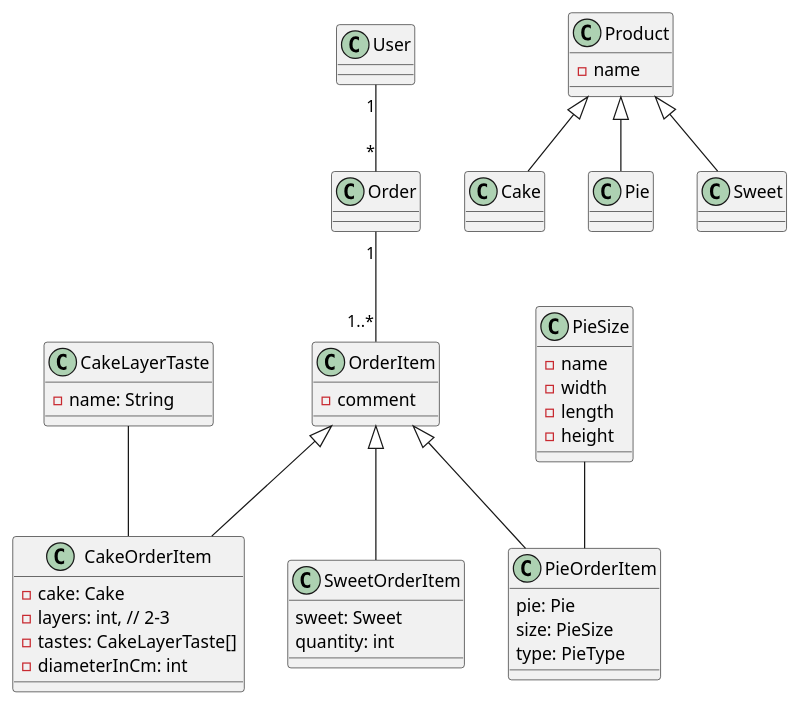
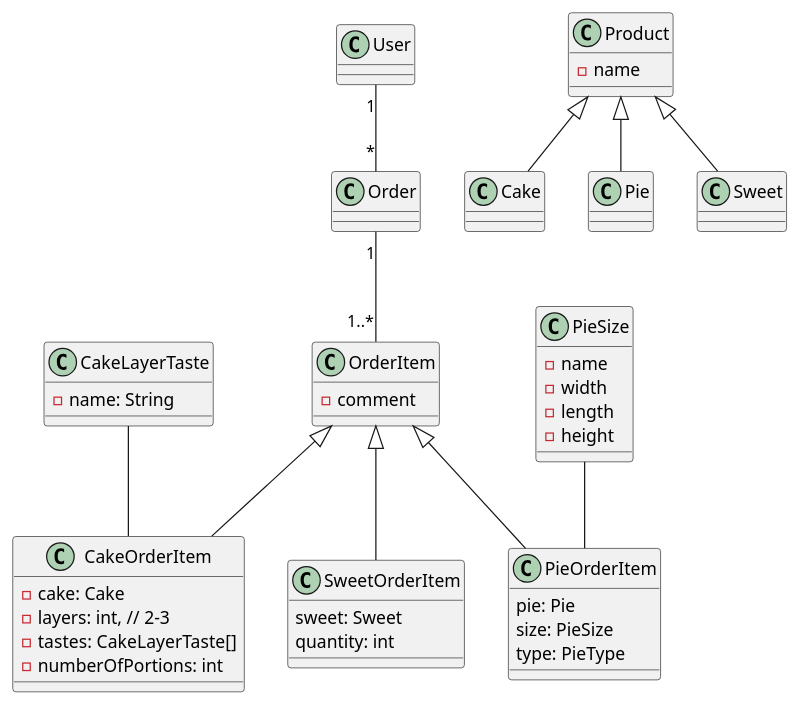
Before and after one commit to Araggorn/niezla_babeczka: the diagram in doc/classdiagram.puml, drawn with PlantUML. The commit also changed 6 other files, not shown here.

```diff
--- a/doc/classdiagram.puml
+++ b/doc/classdiagram.puml
@@ -1,74 +1,74 @@
 @startuml
 'Class11 <|.. Class12
 'Class13 --> Class14
 'Class15 ..> Class16
 'Class17 ..|> Class18
 'Class19 <--* Class20
 
 OrderItem <|-- CakeOrderItem
 OrderItem <|-- PieOrderItem
 OrderItem <|-- SweetOrderItem
 
 class OrderItem {
 - comment
 }
 
 class CakeLayerTaste {
 - name: String
 }
 
 class CakeOrderItem {
 - cake: Cake
 - layers: int, // 2-3
 - tastes: CakeLayerTaste[]
-- diameterInCm: int
+- numberOfPortions: int
 }
 
 CakeLayerTaste -- CakeOrderItem
 
 class PieSize {
 -name
 -width
 -length
 -height
 }
 
 class PieOrderItem {
 pie: Pie
 size: PieSize
 type: PieType
 }
 
 PieSize -- PieOrderItem
 
 class SweetOrderItem {
 sweet: Sweet
 quantity: int
 }
 
 class Product {
 - name
 }
 
 Product <|-- Cake
 Product <|-- Pie
 Product <|-- Sweet
 
 'Cake -- CakeOrderItem
 'Pie -- PieOrderItem
 'Sweet -- SweetOrderItem
 
 class Sweet {}
 class Pie {}
 class Cake {}
 
 
 User "1" -- "*" Order
 Order "1" -- "1..*" OrderItem
 
 'OrderItem "1" -- "1" Product
 
 
 
 
 @enduml
```
